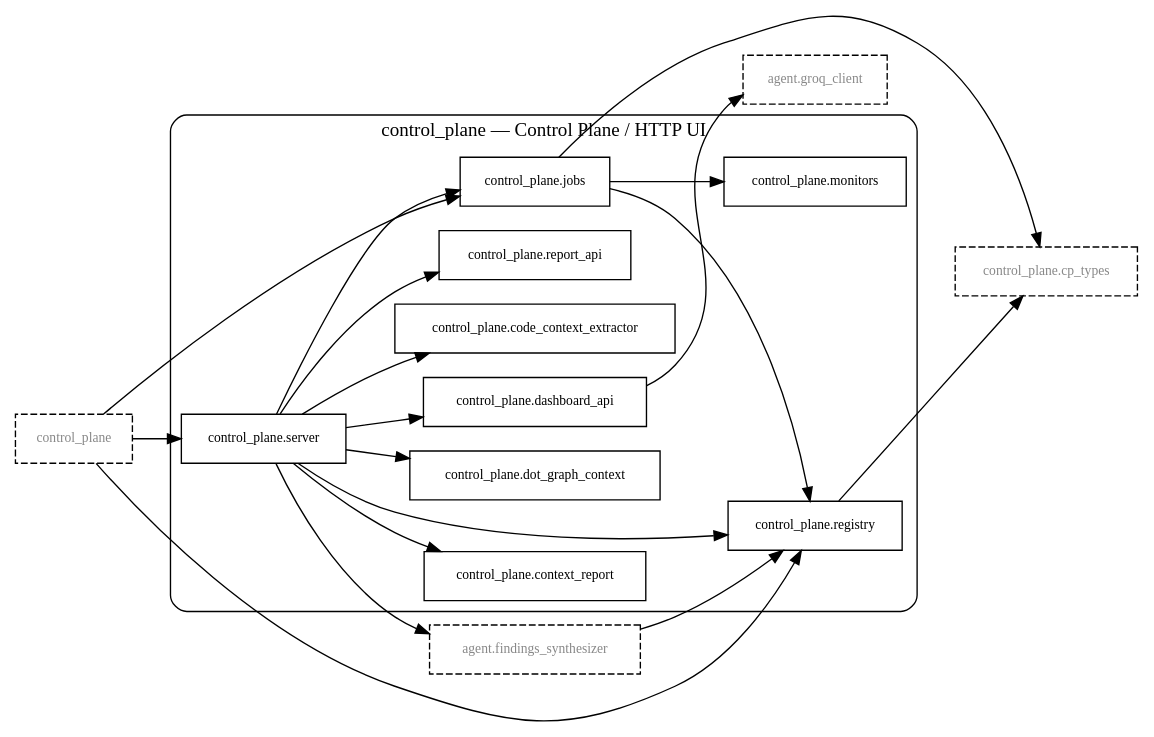
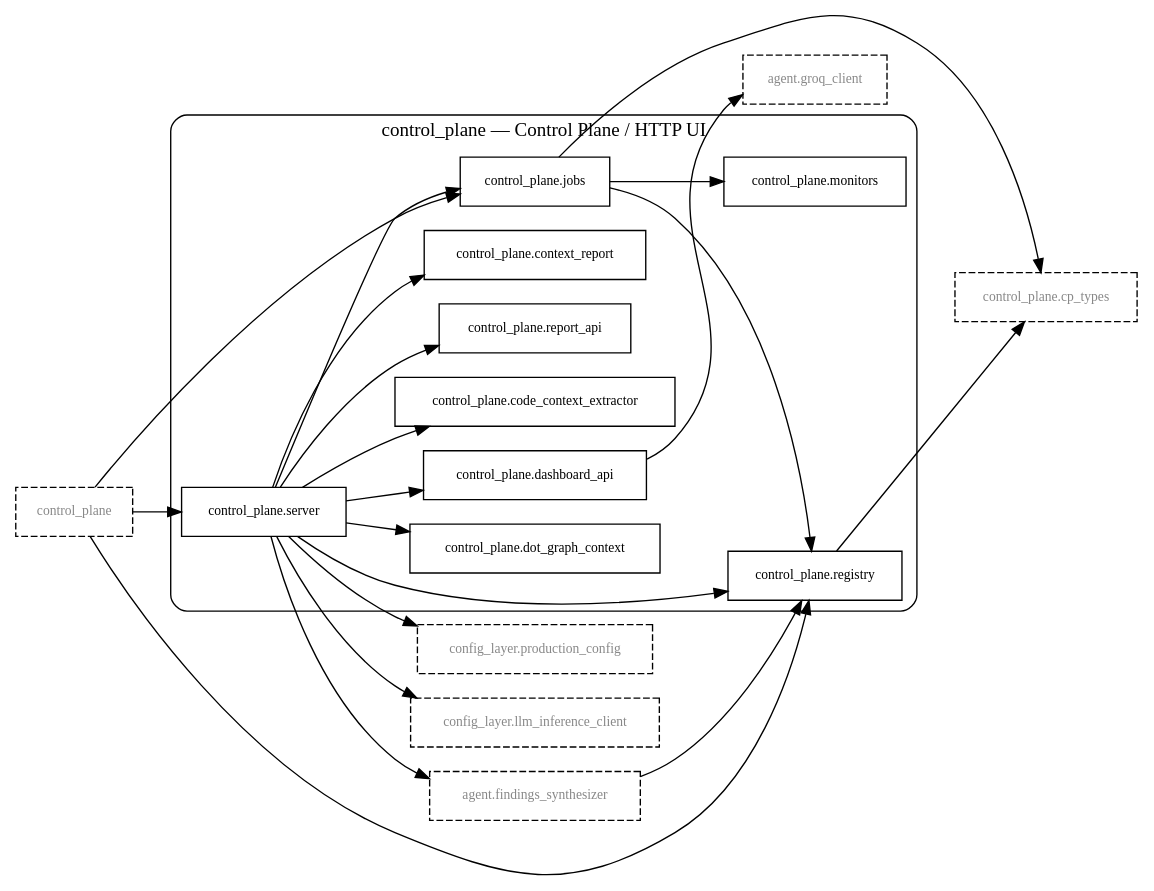
One commit to Chaithu1995-0312/TradeHlt changed the diagram in flow_graphs/control_plane.dot. Above: the diagram before and after it, drawn with Graphviz. The commit also changed 20 other files, not shown here.

First line of the commit message:
feat(flow-context): M2 analyst report + M2P pluggable providers + M5 workflow-node Context

```diff
--- a/flow_graphs/control_plane.dot
+++ b/flow_graphs/control_plane.dot
@@ -1,44 +1,48 @@
 digraph flow_control_plane {
     rankdir=LR;
     node [shape=box, fontsize=10];
 
     subgraph "cluster_control_plane" {
         label="control_plane — Control Plane / HTTP UI"; style="rounded";
         "control_plane.code_context_extractor";
         "control_plane.context_report";
         "control_plane.dashboard_api";
         "control_plane.dot_graph_context";
         "control_plane.jobs";
         "control_plane.monitors";
         "control_plane.registry";
         "control_plane.report_api";
         "control_plane.server";
     }
 
     // 1-hop dependency boundary (not flow members)
     "agent.findings_synthesizer" [style="dashed", fontcolor="#888888"];
     "agent.groq_client" [style="dashed", fontcolor="#888888"];
+    "config_layer.llm_inference_client" [style="dashed", fontcolor="#888888"];
+    "config_layer.production_config" [style="dashed", fontcolor="#888888"];
     "control_plane" [style="dashed", fontcolor="#888888"];
     "control_plane.cp_types" [style="dashed", fontcolor="#888888"];
 
     // member -> member (intra-flow dependencies)
     "control_plane.jobs" -> "control_plane.monitors";
     "control_plane.jobs" -> "control_plane.registry";
     "control_plane.server" -> "control_plane.code_context_extractor";
     "control_plane.server" -> "control_plane.context_report";
     "control_plane.server" -> "control_plane.dashboard_api";
     "control_plane.server" -> "control_plane.dot_graph_context";
     "control_plane.server" -> "control_plane.jobs";
     "control_plane.server" -> "control_plane.registry";
     "control_plane.server" -> "control_plane.report_api";
 
     // boundary dependencies (one endpoint outside the flow)
     "agent.findings_synthesizer" -> "control_plane.registry";
     "control_plane" -> "control_plane.jobs";
     "control_plane" -> "control_plane.registry";
     "control_plane" -> "control_plane.server";
     "control_plane.dashboard_api" -> "agent.groq_client";
     "control_plane.jobs" -> "control_plane.cp_types";
     "control_plane.registry" -> "control_plane.cp_types";
     "control_plane.server" -> "agent.findings_synthesizer";
+    "control_plane.server" -> "config_layer.llm_inference_client";
+    "control_plane.server" -> "config_layer.production_config";
 }
```
